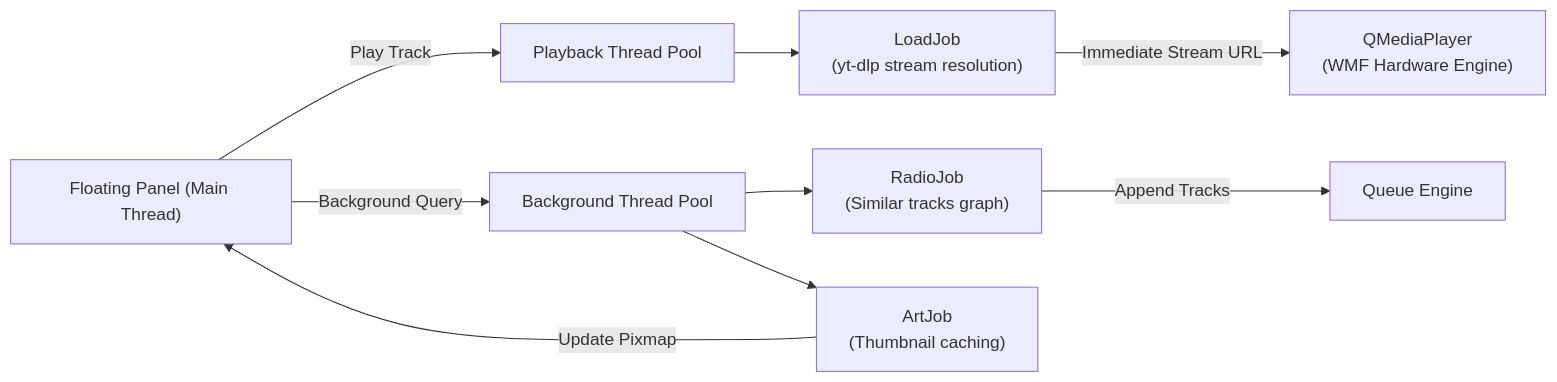
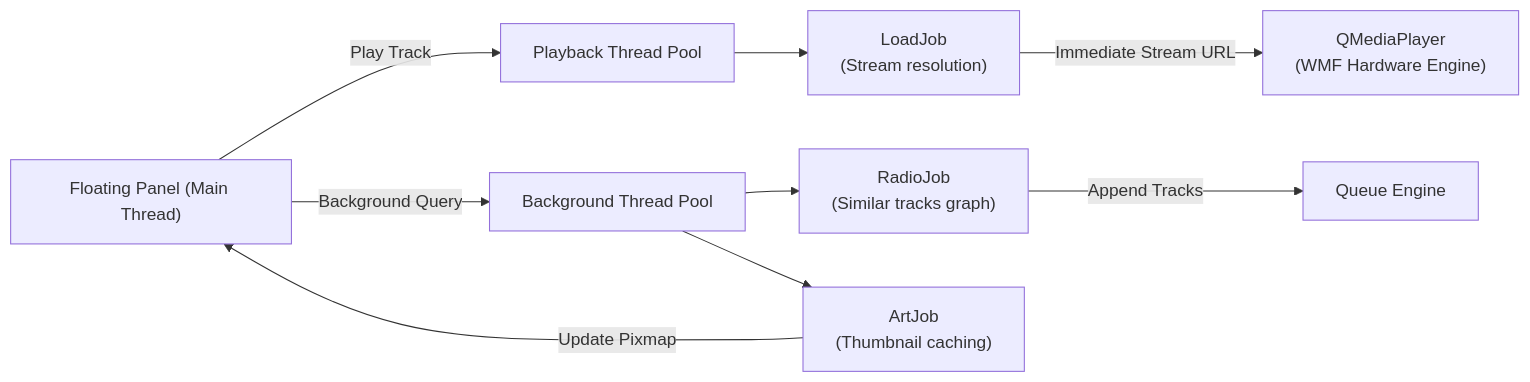
One commit to taezeem14/Ember changed the second of 2 diagrams in README.md. Above: the diagram before and after it, drawn with Mermaid. The commit also changed other lines of this file and 12 other files, not shown here.

````diff
--- a/README.md
+++ b/README.md
@@ -235,14 +278,14 @@
 ```mermaid
 flowchart LR
     UI["Floating Panel (Main Thread)"] -->|"Play Track"| PP["Playback Thread Pool"]
     UI -->|"Background Query"| BP["Background Thread Pool"]
     
-    PP --> LJ["LoadJob\n(yt-dlp stream resolution)"]
+    PP --> LJ["LoadJob\n(Stream resolution)"]
     LJ -->|"Immediate Stream URL"| MP["QMediaPlayer\n(WMF Hardware Engine)"]
     
     BP --> RJ["RadioJob\n(Similar tracks graph)"]
     BP --> AJ["ArtJob\n(Thumbnail caching)"]
     
     RJ -->|"Append Tracks"| QE["Queue Engine"]
     AJ -->|"Update Pixmap"| UI
 ```
````
